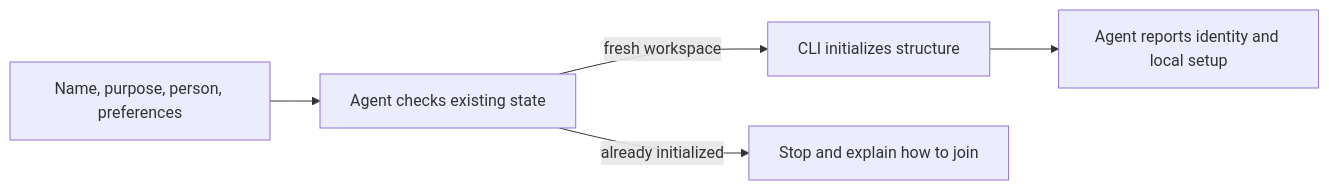
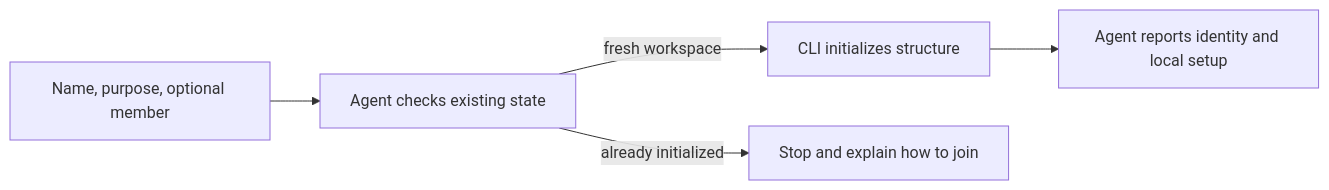
Before and after one commit to kaotypr/context-circuit-website: the diagram in content/docs/get-started/initialize.mdx, drawn with Mermaid. The commit also changed other lines of this file and 73 other files, not shown here.

````diff
--- a/content/docs/get-started/initialize.mdx
+++ b/content/docs/get-started/initialize.mdx
@@ -35,7 +37,7 @@
 ```mermaid
 flowchart LR
-  Q[Name, purpose, person, preferences] --> A[Agent checks existing state]
+  Q[Name, purpose, optional member] --> A[Agent checks existing state]
   A -->|fresh workspace| C[CLI initializes structure]
   C --> R[Agent reports identity and local setup]
   A -->|already initialized| S[Stop and explain how to join]
 ```
````
